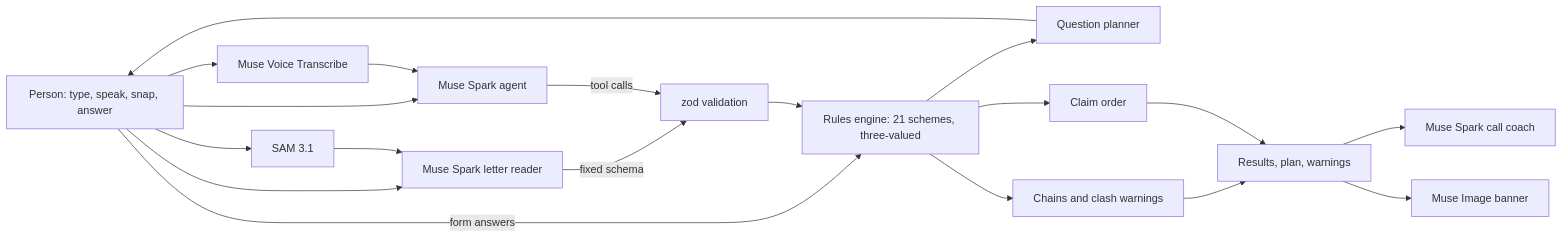
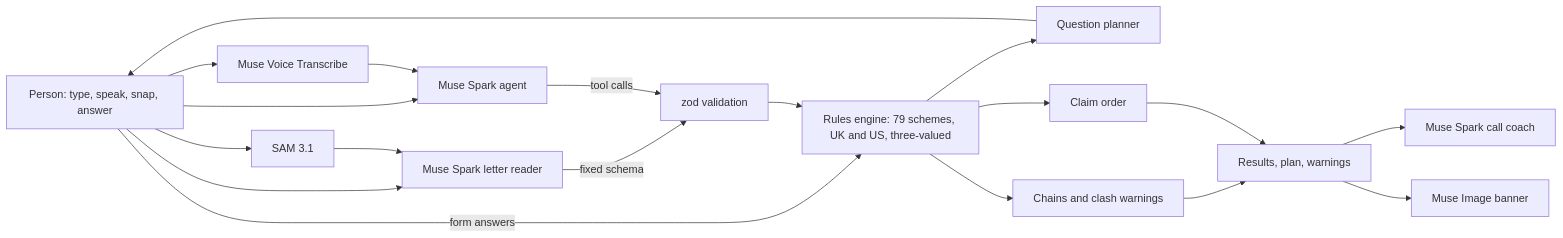
The diagram in apps/meta/README.md (Dinesh-Sunny/beacon), drawn with Mermaid before and after one commit. The commit also changed other lines of this file, not shown here.

````diff
--- a/apps/meta/README.md
+++ b/apps/meta/README.md
@@ -26,21 +26,21 @@
 ```mermaid
 flowchart LR
   U[Person: type, speak, snap, answer] --> V[Muse Voice Transcribe]
   U --> S[SAM 3.1]
   U --> R[Muse Spark letter reader]
   U --> A[Muse Spark agent]
   V --> A
   S --> R
   R -->|fixed schema| Z[zod validation]
   A -->|tool calls| Z
   U -->|form answers| E
-  Z --> E[Rules engine: 21 schemes, three-valued]
+  Z --> E[Rules engine: 79 schemes, UK and US, three-valued]
   E --> P[Question planner]
   E --> C[Chains and clash warnings]
   E --> O[Claim order]
   P --> U
   C --> UI[Results, plan, warnings]
   O --> UI
   UI --> K[Muse Spark call coach]
   UI --> I[Muse Image banner]
 ```
````
